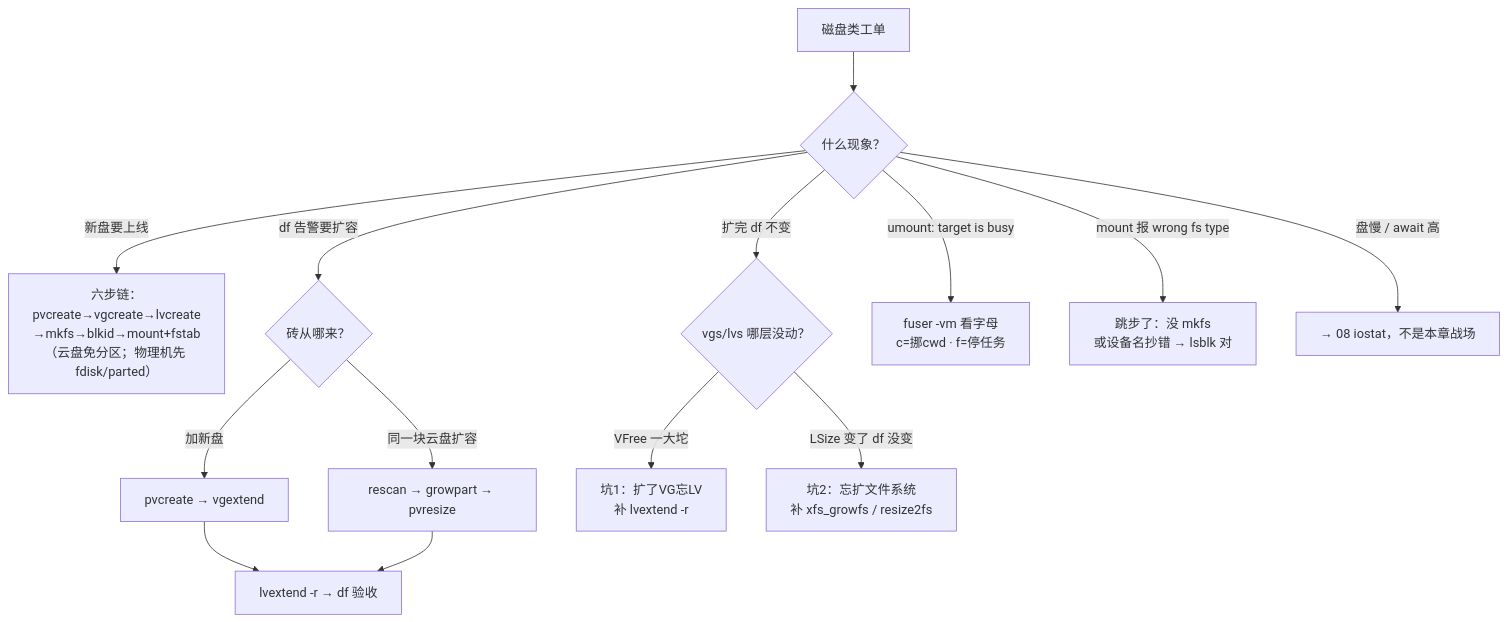
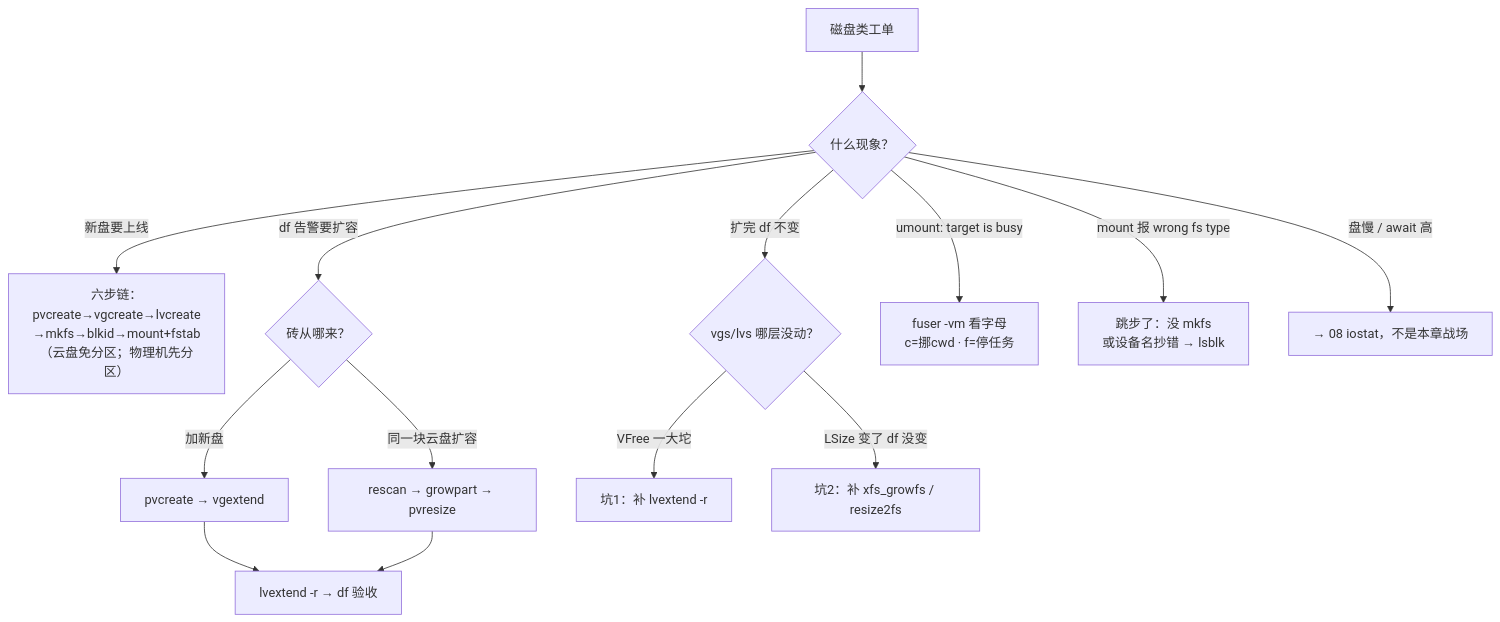
Before and after one commit to ml-cuizijun/LearnToLilith: the seventh of 7 diagrams in 01-基础底座/29-磁盘管理与LVM/知识点.md, drawn with Mermaid. The commit also changed other lines of this file and 178 other files, not shown here.

````diff
--- a/01-基础底座/29-磁盘管理与LVM/知识点.md
+++ b/01-基础底座/29-磁盘管理与LVM/知识点.md
@@ -504,16 +530,16 @@
 ```mermaid
 flowchart TB
     A["磁盘类工单"] --> B{"什么现象？"}
-    B -->|"新盘要上线"| C["六步链：pvcreate→vgcreate→lvcreate<br/>→mkfs→blkid→mount+fstab<br/>（云盘免分区；物理机先 fdisk/parted）"]
+    B -->|"新盘要上线"| C["六步链：pvcreate→vgcreate→lvcreate<br/>→mkfs→blkid→mount+fstab<br/>（云盘免分区；物理机先分区）"]
     B -->|"df 告警要扩容"| D{"砖从哪来？"}
     D -->|"加新盘"| E["pvcreate → vgextend"]
     D -->|"同一块云盘扩容"| F["rescan → growpart → pvresize"]
     E --> G["lvextend -r → df 验收"]
     F --> G
     B -->|"扩完 df 不变"| H{"vgs/lvs 哪层没动？"}
-    H -->|"VFree 一大坨"| I["坑1：扩了VG忘LV<br/>补 lvextend -r"]
-    H -->|"LSize 变了 df 没变"| J["坑2：忘扩文件系统<br/>补 xfs_growfs / resize2fs"]
+    H -->|"VFree 一大坨"| I["坑1：补 lvextend -r"]
+    H -->|"LSize 变了 df 没变"| J["坑2：补 xfs_growfs / resize2fs"]
     B -->|"umount: target is busy"| K["fuser -vm 看字母<br/>c=挪cwd · f=停任务"]
-    B -->|"mount 报 wrong fs type"| L["跳步了：没 mkfs<br/>或设备名抄错 → lsblk 对"]
+    B -->|"mount 报 wrong fs type"| L["跳步了：没 mkfs<br/>或设备名抄错 → lsblk"]
     B -->|"盘慢 / await 高"| M["→ 08 iostat，不是本章战场"]
 ```
````
